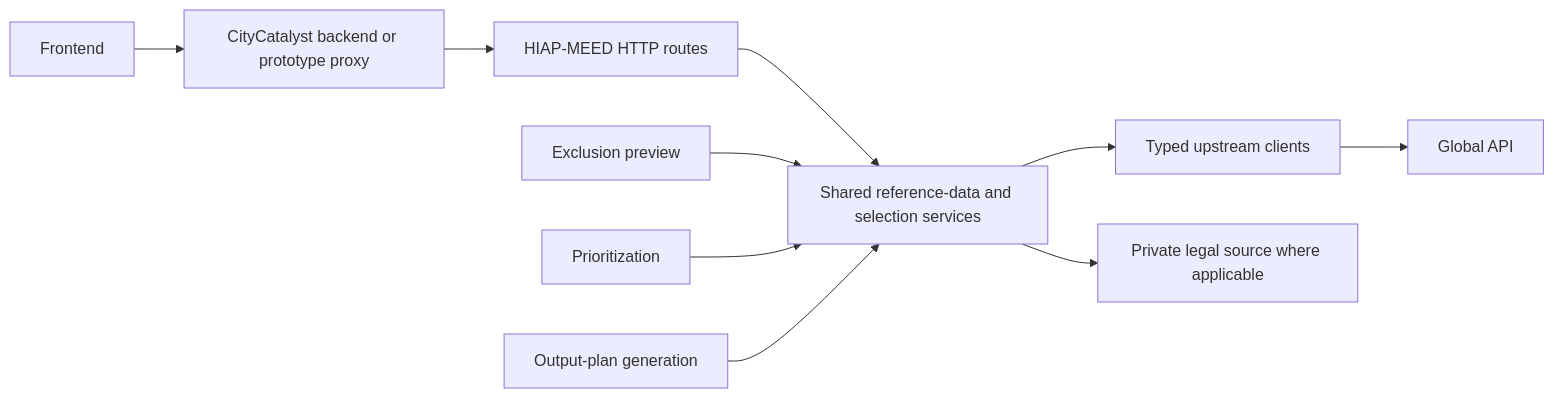
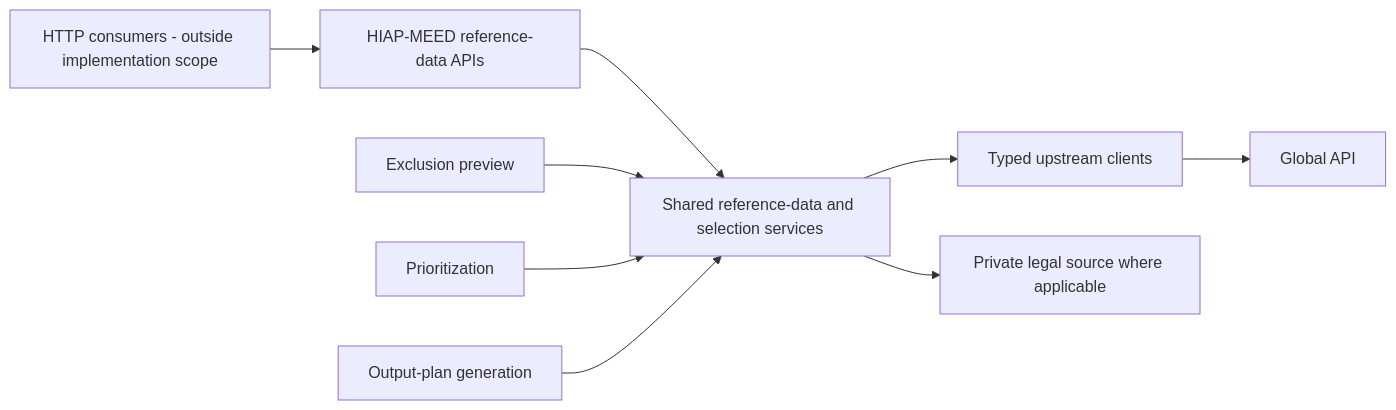
Before and after one commit to Open-Earth-Foundation/CityCatalyst: the diagram in hiap-meed/implementation-plan-proposal.md, drawn with Mermaid. The commit also changed other lines of this file and 2 other files, not shown here.

Commit message:
chore: docs for api schema alignement

````diff
--- a/hiap-meed/implementation-plan-proposal.md
+++ b/hiap-meed/implementation-plan-proposal.md
@@ -64,12 +80,11 @@
 ```mermaid
 flowchart LR
-    UI["Frontend"] --> CALLER["CityCatalyst backend or prototype proxy"]
-    CALLER --> ROUTES["HIAP-MEED HTTP routes"]
+    EXTERNAL["HTTP consumers - outside implementation scope"] --> ROUTES["HIAP-MEED reference-data APIs"]
     ROUTES --> SHARED["Shared reference-data and selection services"]
     PREFLIGHT["Exclusion preview"] --> SHARED
     PRIORITIZE["Prioritization"] --> SHARED
     PLAN["Output-plan generation"] --> SHARED
     SHARED --> CLIENTS["Typed upstream clients"]
     CLIENTS --> GLOBAL["Global API"]
     SHARED --> LEGAL["Private legal source where applicable"]
 ```
````
